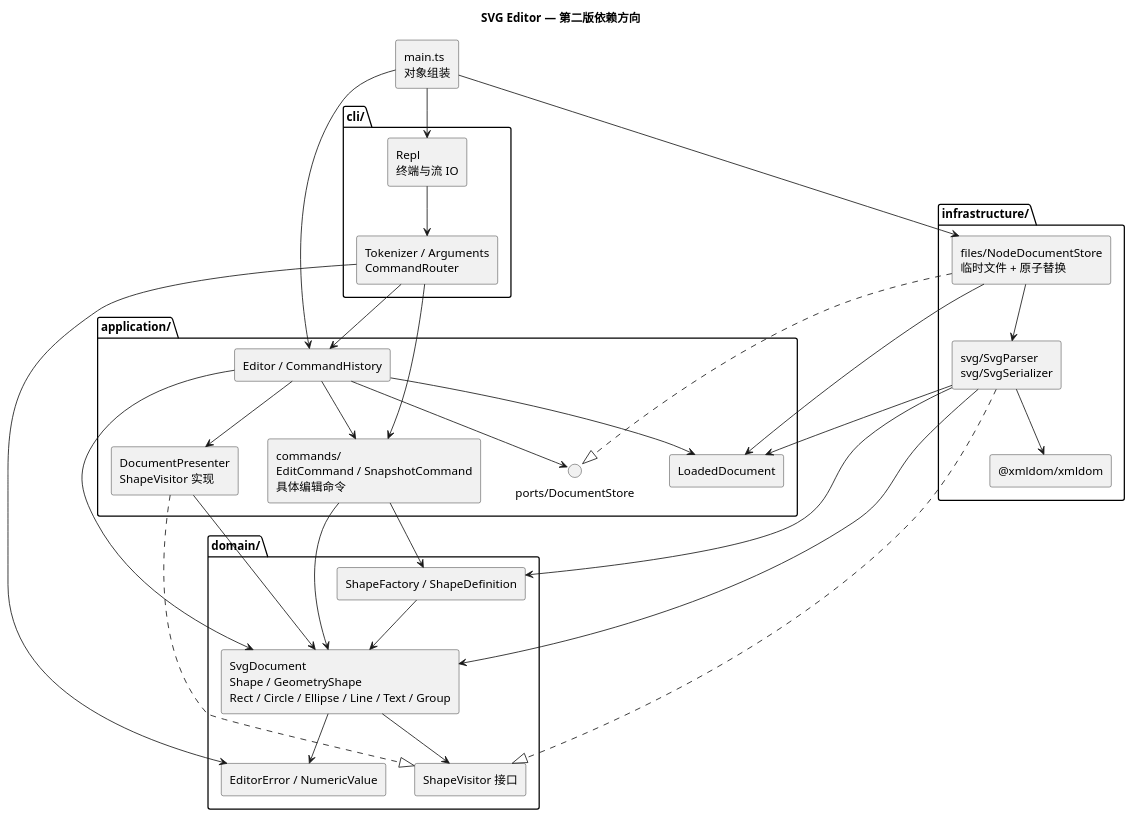
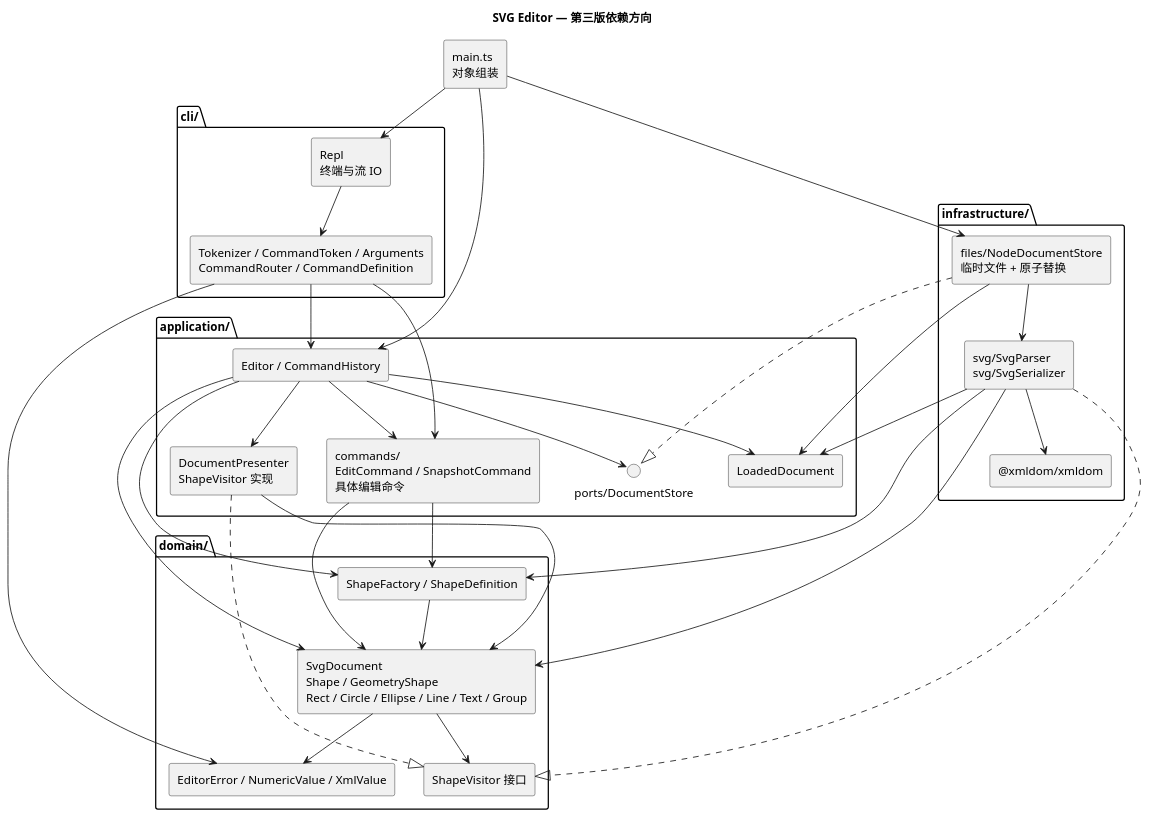
The diagram in doc/architecture.puml (zjsu957/phase_cli), drawn with PlantUML before and after one commit. The commit also changed 26 other files, not shown here.

Commit message:
refactor: unify command syntax and validate SVG input boundaries

```diff
--- a/doc/architecture.puml
+++ b/doc/architecture.puml
@@ -1,54 +1,55 @@
 @startuml
-title SVG Editor — 第二版依赖方向
+title SVG Editor — 第三版依赖方向
 skinparam componentStyle rectangle
 component "main.ts\n对象组装" as Main
 package "cli/" {
   component "Repl\n终端与流 IO" as Repl
-  component "Tokenizer / Arguments\nCommandRouter" as Cli
+  component "Tokenizer / CommandToken / Arguments\nCommandRouter / CommandDefinition" as Cli
 }
 package "application/" {
   component "Editor / CommandHistory" as App
   component "commands/\nEditCommand / SnapshotCommand\n具体编辑命令" as Commands
   component "DocumentPresenter\nShapeVisitor 实现" as Presenter
   interface "ports/DocumentStore" as Store
   component "LoadedDocument" as Loaded
 }
 package "domain/" {
   component "SvgDocument\nShape / GeometryShape\nRect / Circle / Ellipse / Line / Text / Group" as Model
   component "ShapeFactory / ShapeDefinition" as Factory
   component "ShapeVisitor 接口" as Visitor
-  component "EditorError / NumericValue" as Values
+  component "EditorError / NumericValue / XmlValue" as Values
 }
 package "infrastructure/" {
   component "files/NodeDocumentStore\n临时文件 + 原子替换" as Files
   component "svg/SvgParser\nsvg/SvgSerializer" as Svg
   component "@xmldom/xmldom" as Xml
 }
 Main --> Repl
 Main --> App
 Main --> Files
 Repl --> Cli
 Cli --> App
 Cli --> Commands
 Cli --> Values
 App --> Commands
 App --> Presenter
 App --> Model
+App --> Factory
 App --> Store
 App --> Loaded
 Files ..|> Store
 Files --> Svg
 Files --> Loaded
 Svg --> Factory
 Svg --> Model
 Svg --> Loaded
 Svg --> Xml
 Svg ..|> Visitor
 Commands --> Factory
 Commands --> Model
 Presenter --> Model
 Presenter ..|> Visitor
 Factory --> Model
 Model --> Visitor
 Model --> Values
 @enduml
```
